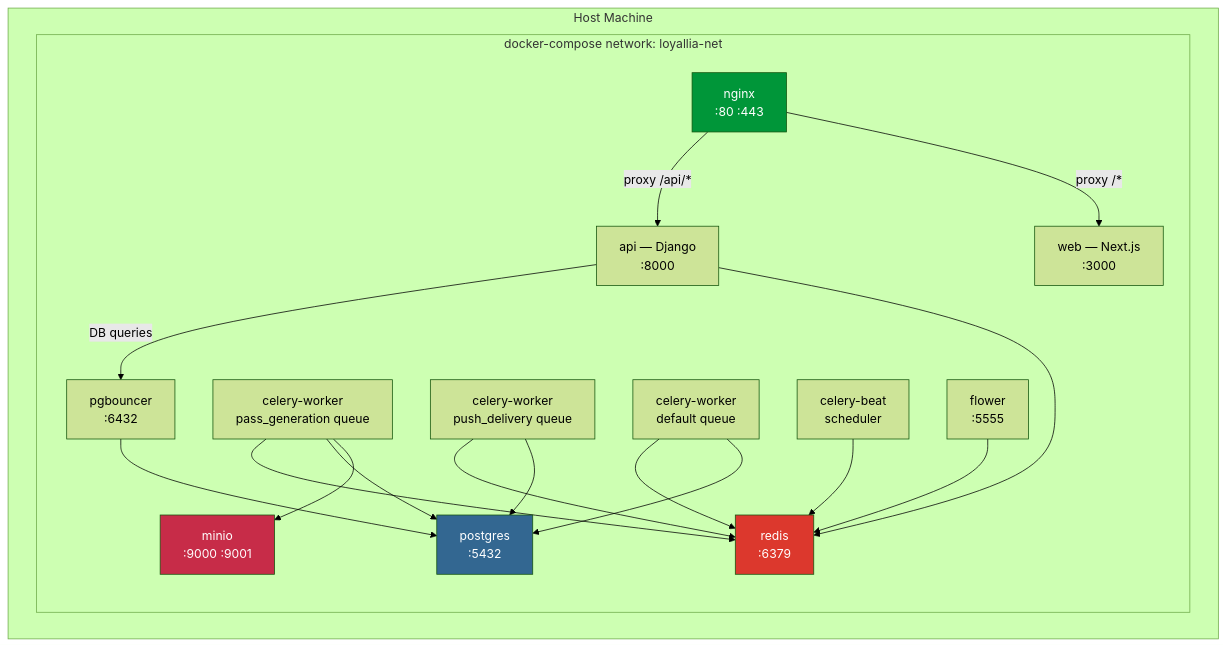
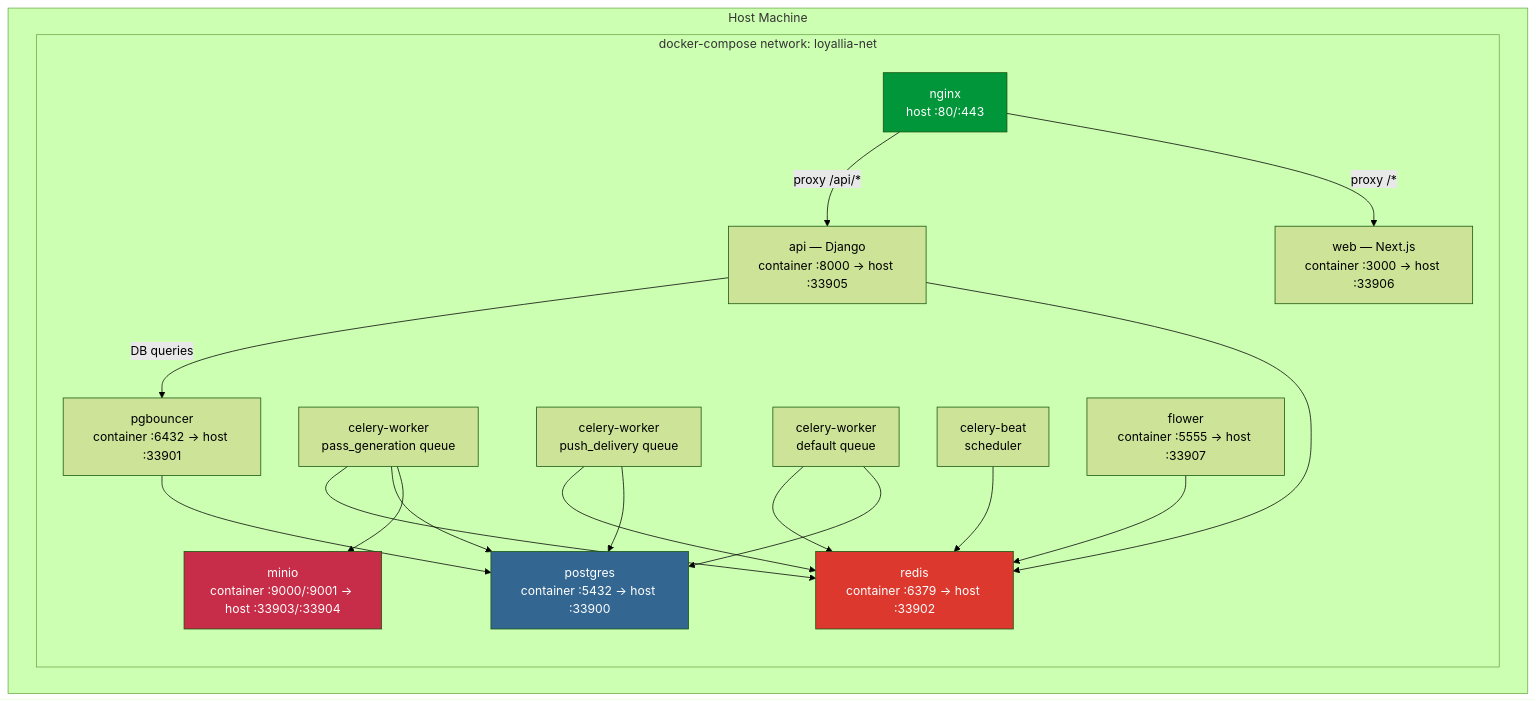
Before and after one commit to somatechlat/loyallia: diagram 11 of 12 in docs/02-architecture/ARCHITECTURE.md, drawn with Mermaid (forest theme). The commit also changed other lines of this file and 14 other files, not shown here.

Commit message:
docs: fix architecture, onboarding, guides, and user-journey errors against code

````diff
--- a/docs/02-architecture/ARCHITECTURE.md
+++ b/docs/02-architecture/ARCHITECTURE.md
@@ -446,39 +446,39 @@
 ```mermaid
 graph TB
     subgraph "Host Machine"
         subgraph "docker-compose network: loyallia-net"
-            NX[nginx<br/>:80 :443]
-            API[api — Django<br/>:8000]
-            WEB[web — Next.js<br/>:3000]
+            NX[nginx<br/>host :80/:443]
+            API[api — Django<br/>container :8000 → host :33905]
+            WEB[web — Next.js<br/>container :3000 → host :33906]
             CEL1[celery-worker<br/>pass_generation queue]
             CEL2[celery-worker<br/>push_delivery queue]
             CEL3[celery-worker<br/>default queue]
             BEAT[celery-beat<br/>scheduler]
-            FLW[flower<br/>:5555]
-            PG[postgres<br/>:5432]
-            PGB[pgbouncer<br/>:6432]
-            RD[redis<br/>:6379]
-            MIO[minio<br/>:9000 :9001]
+            FLW[flower<br/>container :5555 → host :33907]
+            PG[postgres<br/>container :5432 → host :33900]
+            PGB[pgbouncer<br/>container :6432 → host :33901]
+            RD[redis<br/>container :6379 → host :33902]
+            MIO[minio<br/>container :9000/:9001 → host :33903/:33904]
         end
     end
 
     NX -->|proxy /api/*| API
     NX -->|proxy /*| WEB
     API -->|DB queries| PGB
     PGB --> PG
     API --> RD
     CEL1 --> RD
     CEL2 --> RD
     CEL3 --> RD
     BEAT --> RD
     CEL1 --> PG
     CEL2 --> PG
     CEL3 --> PG
     CEL1 --> MIO
     FLW --> RD
 
     style PG fill:#336791,color:#fff
     style RD fill:#dc382d,color:#fff
     style MIO fill:#c72c48,color:#fff
     style NX fill:#009639,color:#fff
 ```
````
